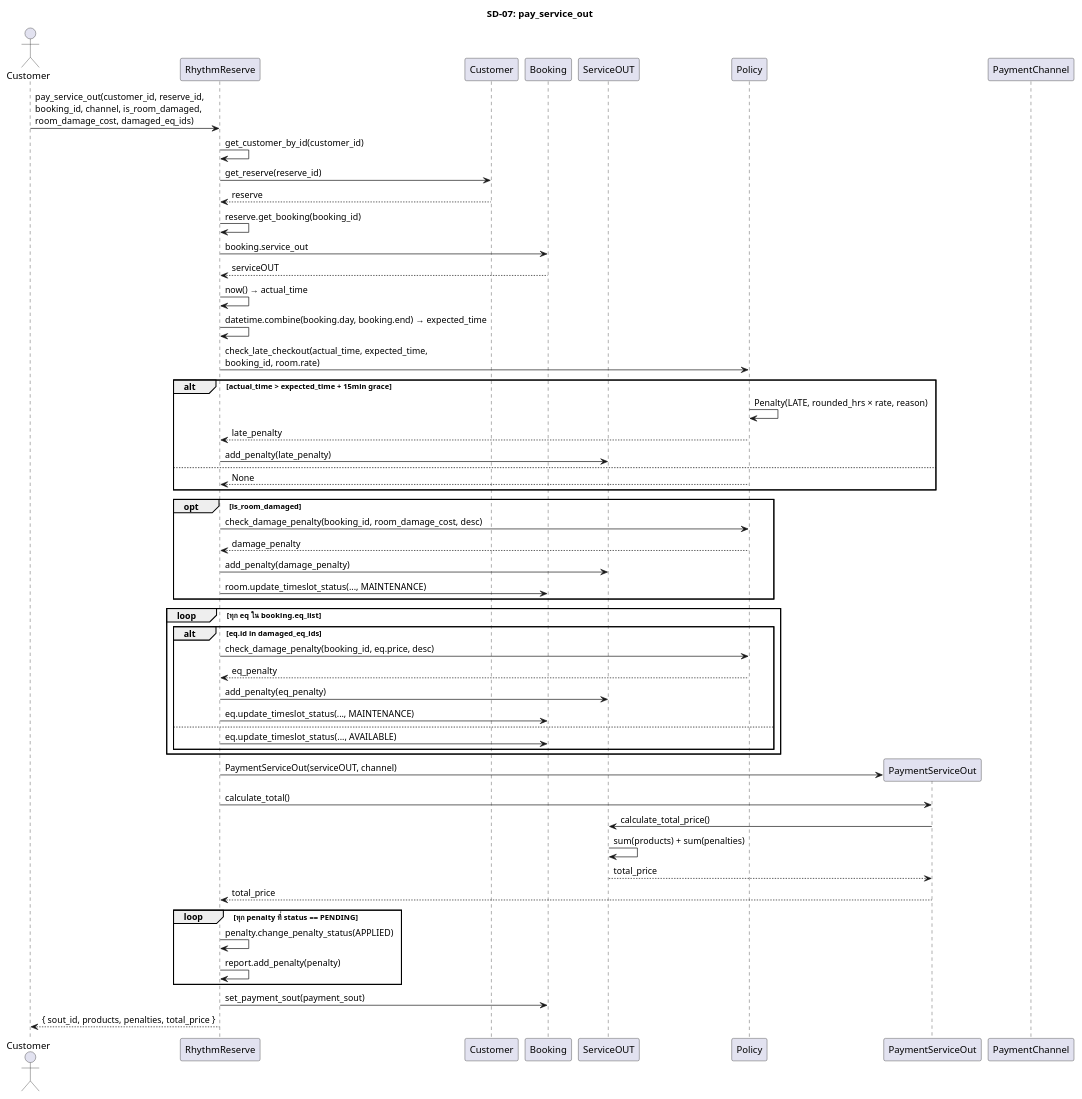
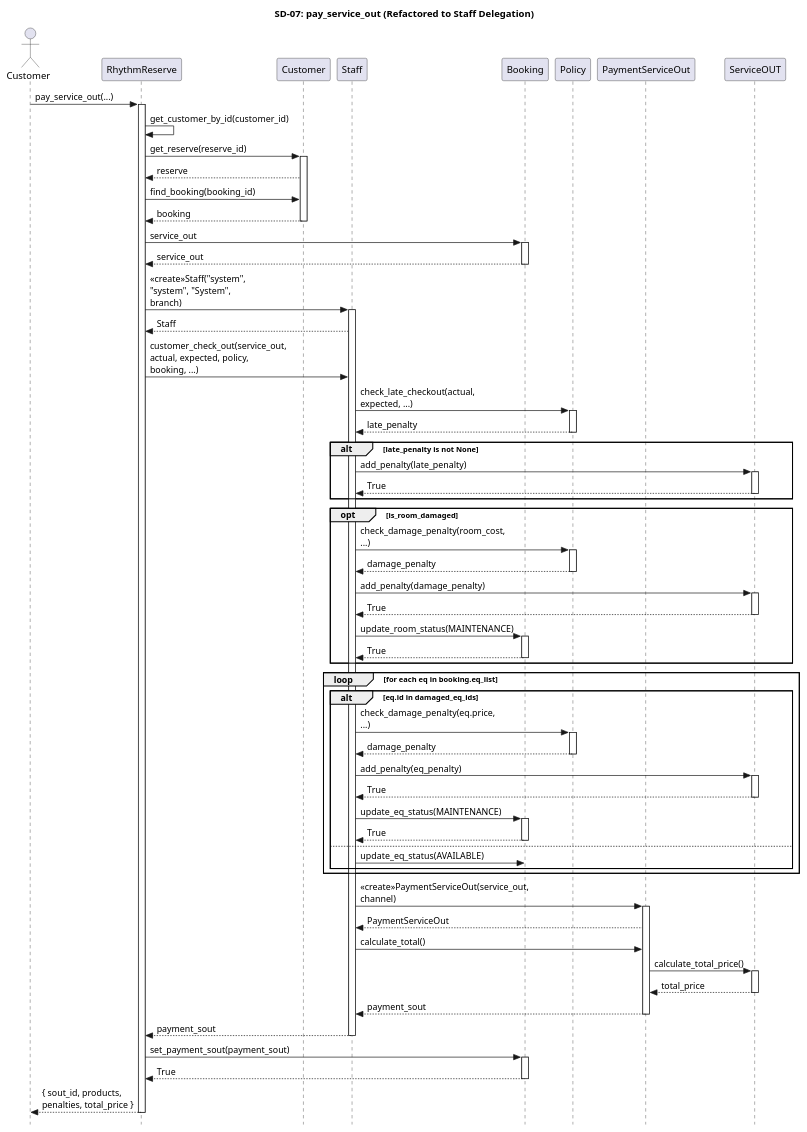
One commit to pjngth998/RhythmReserve changed the diagram in diagram/sequence_diagram/9final_sequence/sd_07_pay_service_out.puml. Above: the diagram before and after it, drawn with PlantUML. The commit also changed 1 other file, not shown here.

```diff
--- a/diagram/sequence_diagram/9final_sequence/sd_07_pay_service_out.puml
+++ b/diagram/sequence_diagram/9final_sequence/sd_07_pay_service_out.puml
@@ -1,67 +1,111 @@
 @startuml
-title SD-07: pay_service_out
+title SD-07: pay_service_out (Refactored to Staff Delegation)
+
+skinparam Style strictuml
+skinparam MaxMessageSize 150
 
 actor Customer as C
 participant "RhythmReserve" as RR
 participant "Customer" as CUS
+participant "Staff" as STF
 participant "Booking" as BK
-participant "ServiceOUT" as SOUT
 participant "Policy" as POL
 participant "PaymentServiceOut" as PSOUT
-participant "PaymentChannel" as CHAN
+participant "ServiceOUT" as SOUT
 
-C -> RR : pay_service_out(customer_id, reserve_id,\nbooking_id, channel, is_room_damaged,\nroom_damage_cost, damaged_eq_ids)
+C -> RR : pay_service_out(...)
+activate RR
 
+' --- 1. Setup ข้อมูลพื้นฐาน ---
 RR -> RR : get_customer_by_id(customer_id)
 RR -> CUS : get_reserve(reserve_id)
+activate CUS
 CUS --> RR : reserve
-RR -> RR : reserve.get_booking(booking_id)
-RR -> BK : booking.service_out
-BK --> RR : serviceOUT
+RR -> CUS : find_booking(booking_id)
+CUS --> RR : booking
+deactivate CUS
 
-RR -> RR : now() → actual_time
-RR -> RR : datetime.combine(booking.day, booking.end) → expected_time
+RR -> BK : service_out
+activate BK
+BK --> RR : service_out
+deactivate BK
 
-RR -> POL : check_late_checkout(actual_time, expected_time,\nbooking_id, room.rate)
-alt actual_time > expected_time + 15min grace
-    POL -> POL : Penalty(LATE, rounded_hrs × rate, reason)
-    POL --> RR : late_penalty
-    RR -> SOUT : add_penalty(late_penalty)
-else
-    POL --> RR : None
-end
+' --- 2. ส่งงานต่อให้ Staff (ตามโค้ด staff.customer_check_out) ---
+RR -> STF : <<create>>Staff("system", "system", "System", branch)
+activate STF
+STF --> RR : Staff
+RR -> STF : customer_check_out(service_out, actual, expected, policy, booking, ...)
 
-opt is_room_damaged
-    RR -> POL : check_damage_penalty(booking_id, room_damage_cost, desc)
-    POL --> RR : damage_penalty
-    RR -> SOUT : add_penalty(damage_penalty)
-    RR -> BK : room.update_timeslot_status(..., MAINTENANCE)
-end
+    ' Staff คุยกับ Policy เพื่อเช็ค Late
+    STF -> POL : check_late_checkout(actual, expected, ...)
+    activate POL
+    POL --> STF : late_penalty
+    deactivate POL
+    
+    alt late_penalty is not None
+        STF -> SOUT : add_penalty(late_penalty)
+        activate SOUT
+        SOUT --> STF : True
+        deactivate SOUT
+    end
 
-loop ทุก eq ใน booking.eq_list
-    alt eq.id in damaged_eq_ids
-        RR -> POL : check_damage_penalty(booking_id, eq.price, desc)
-        POL --> RR : eq_penalty
-        RR -> SOUT : add_penalty(eq_penalty)
-        RR -> BK : eq.update_timeslot_status(..., MAINTENANCE)
-    else
-        RR -> BK : eq.update_timeslot_status(..., AVAILABLE)
+    ' Staff เช็คความเสียหายของห้อง
+    opt is_room_damaged
+        STF -> POL : check_damage_penalty(room_cost, ...)
+        activate POL
+        POL --> STF : damage_penalty
+        deactivate POL
+        STF -> SOUT : add_penalty(damage_penalty)
+        activate SOUT
+        SOUT --> STF : True
+        deactivate SOUT
+        STF -> BK : update_room_status(MAINTENANCE)
+        activate BK
+        BK --> STF : True
+        deactivate BK
     end
-end
 
-RR -> PSOUT ** : PaymentServiceOut(serviceOUT, channel)
-RR -> PSOUT : calculate_total()
-PSOUT -> SOUT : calculate_total_price()
-SOUT -> SOUT : sum(products) + sum(penalties)
-SOUT --> PSOUT : total_price
-PSOUT --> RR : total_price
+    ' Staff วนลูปเช็คอุปกรณ์
+    loop for each eq in booking.eq_list
+        alt eq.id in damaged_eq_ids
+            STF -> POL : check_damage_penalty(eq.price, ...)
+            activate POL
+            POL --> STF : damage_penalty
+            deactivate POL
+            STF -> SOUT : add_penalty(eq_penalty)
+            activate SOUT
+            SOUT --> STF : True
+            deactivate SOUT
+            STF -> BK : update_eq_status(MAINTENANCE)
+            activate BK
+            BK --> STF : True
+            deactivate BK
+        else
+            STF -> BK : update_eq_status(AVAILABLE)
+        end
+    end
 
-loop ทุก penalty ที่ status == PENDING
-    RR -> RR : penalty.change_penalty_status(APPLIED)
-    RR -> RR : report.add_penalty(penalty)
-end
+    ' Staff สร้างการชำระเงิน
+    STF -> PSOUT : <<create>>PaymentServiceOut(service_out, channel)
+    activate PSOUT
+    PSOUT --> STF : PaymentServiceOut
+    STF -> PSOUT : calculate_total()
+    PSOUT -> SOUT : calculate_total_price()
+    activate SOUT
+    SOUT --> PSOUT : total_price
+    deactivate SOUT
+    PSOUT --> STF : payment_sout
+    deactivate PSOUT
 
+STF --> RR : payment_sout
+deactivate STF
+
+' --- 3. สรุปผลที่ RR ---
 RR -> BK : set_payment_sout(payment_sout)
+activate BK
+BK --> RR : True
+deactivate BK
 RR --> C : { sout_id, products, penalties, total_price }
 
+deactivate RR
 @enduml
```
